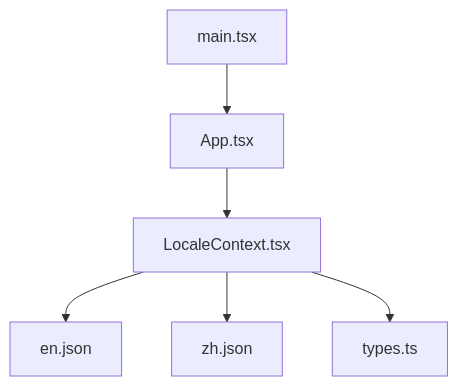
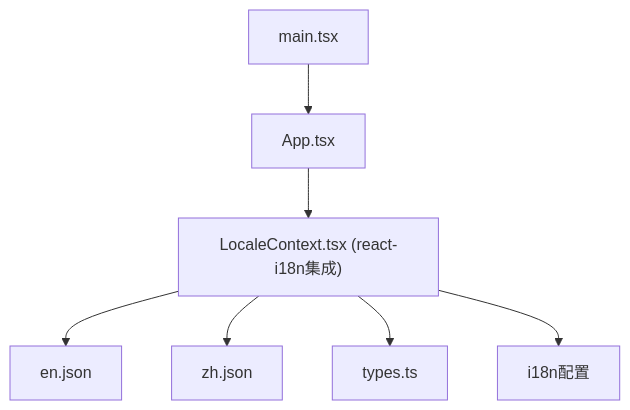
The first of 5 diagrams in .qoder/repowiki/zh/content/国际化系统.md (Hu-Right/supply-os), drawn with Mermaid before and after one commit. The commit also changed other lines of this file and 33 other files, not shown here.

````diff
--- a/.qoder/repowiki/zh/content/国际化系统.md
+++ b/.qoder/repowiki/zh/content/国际化系统.md
@@ -39,8 +47,9 @@
 ```mermaid
 graph TB
 A["main.tsx"] --> B["App.tsx"]
-B --> C["LocaleContext.tsx"]
+B --> C["LocaleContext.tsx (react-i18n集成)"]
 C --> D["en.json"]
 C --> E["zh.json"]
 C --> F["types.ts"]
+C --> G["i18n配置"]
 ```
````
